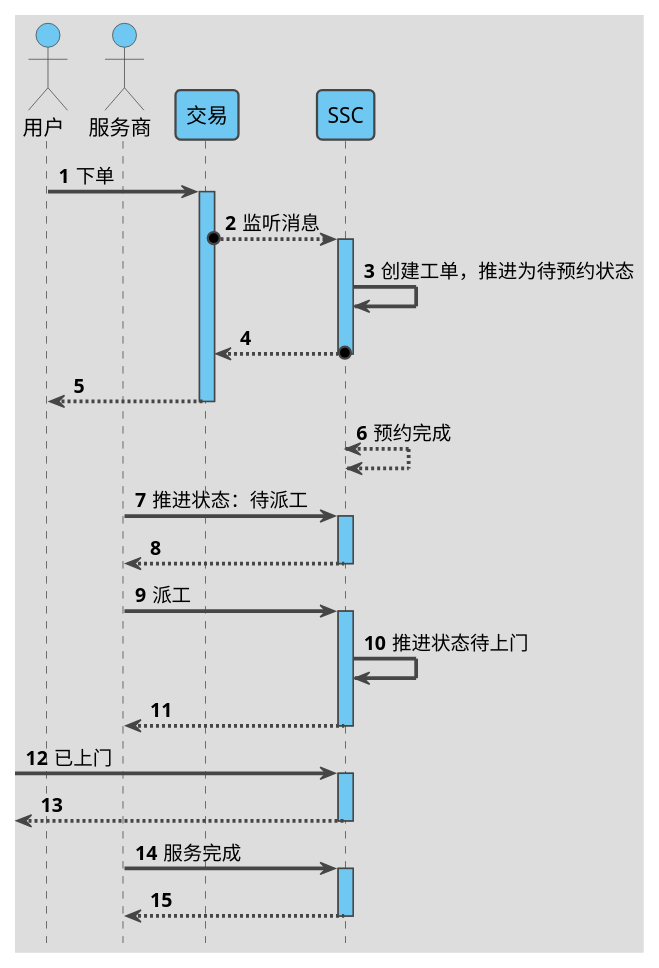
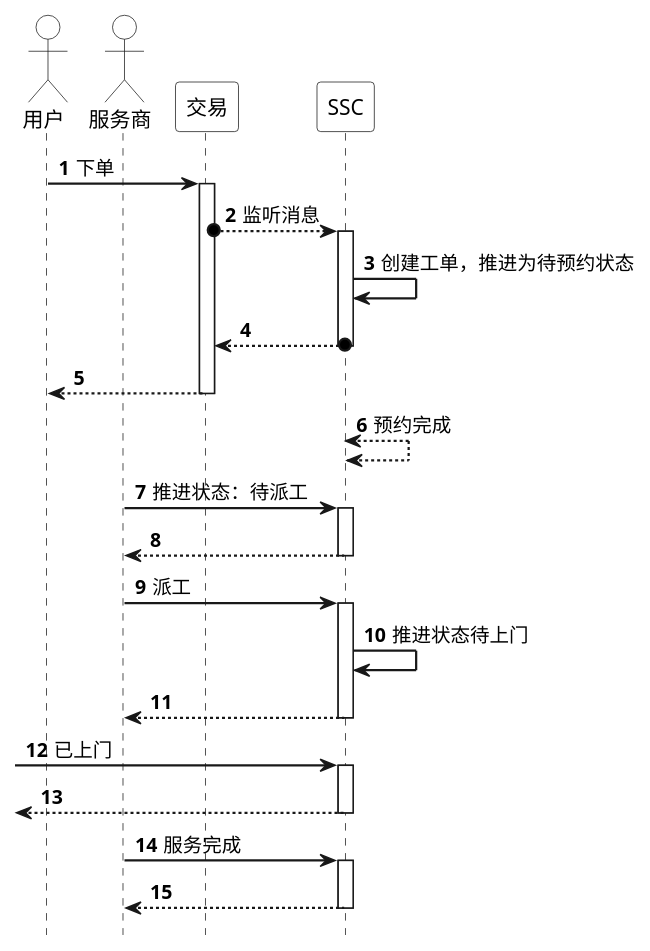
One commit to xauvlove/uml changed the diagram in src/main/resource/品牌创新业务技术/服务商品/服务融合/API推进形式服务履约全节点.puml. Above: the diagram before and after it, drawn with PlantUML. The commit also changed 4 other files, not shown here.

```diff
--- a/src/main/resource/品牌创新业务技术/服务商品/服务融合/API推进形式服务履约全节点.puml
+++ b/src/main/resource/品牌创新业务技术/服务商品/服务融合/API推进形式服务履约全节点.puml
@@ -1,68 +1,63 @@
 @startuml
 'https://plantuml.com/sequence-diagram
 
 '隐藏脚注
 hide footbox
-
-'使用 toy 主题
-!theme toy
-
 
 '编号
 autonumber 1
 
 '隐藏孤立的参与者
 hide unlinked
 
 '文字对齐，向左对齐
 skinparam sequenceMessageAlign left
 
 '箭头粗度
-skinparam sequenceArrowThickness 2.5
+skinparam sequenceArrowThickness 1.5
 
 ' 皮肤
 skinparam sequence {
-    LifeLineBackgroundColor #6FC8F2
-    ParticipantBackgroundColor #6FC8F2
+    ParticipantBackgroundColor #white
     ParticipantFontColor black
-    ActorBackgroundColor #6FC8F2
+    ActorBackgroundColor white
     ActorFontColor black
 }
 
 actor 用户 as user
 actor 服务商 as shop
 participant 交易 as trade
 participant SSC as ssc
 participant 行业 as industry
 
 user -> trade : 下单
 activate trade
 
 trade o--> ssc : 监听消息
 activate ssc
 
 ssc -> ssc : 创建工单，推进为待预约状态
 return
 return
 
 ssc <--> ssc : 预约完成
 
 shop -> ssc : 推进状态：待派工
 activate ssc
 return
 
 shop -> ssc : 派工
 activate ssc
 ssc -> ssc : 推进状态待上门
 return
 
 -> ssc : 已上门
 activate ssc
 return
 
 shop -> ssc : 服务完成
 activate ssc
 return
 
 
 @enduml
```
